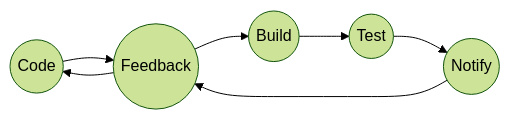
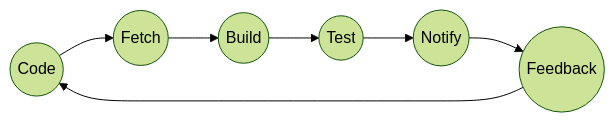
Before and after one commit to devi5040/Devops-udemy: the diagram in README.md, drawn with Mermaid (forest theme).

Commit message:
fix: Update Mermaid diagram syntax
The Mermaid syntax for nodes was updated from `F((Fetch))` to `Fe((Fetch))` and `F((Feedback))` to `Fb((Feedback))` to improve diagram clarity.

````diff
--- a/README.md
+++ b/README.md
@@ -95,9 +95,9 @@
 ```mermaid
 flowchart LR
-    C((Code))-->F((Fetch))
-    F --> B((Build))
+    C((Code))-->Fe((Fetch))
+    Fe --> B((Build))
     B --> T((Test))
     T --> N((Notify))
-    N --> F((Feedback))
-    F --> C
+    N --> Fb((Feedback))
+    Fb --> C
 ```
````
